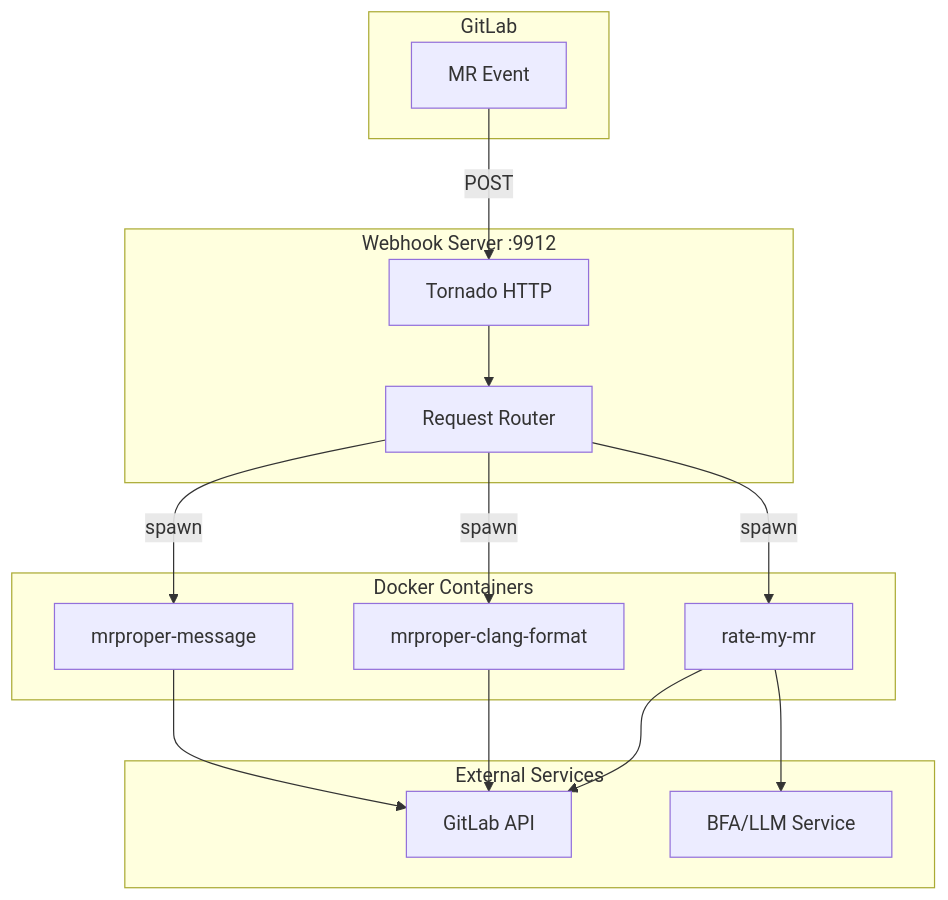
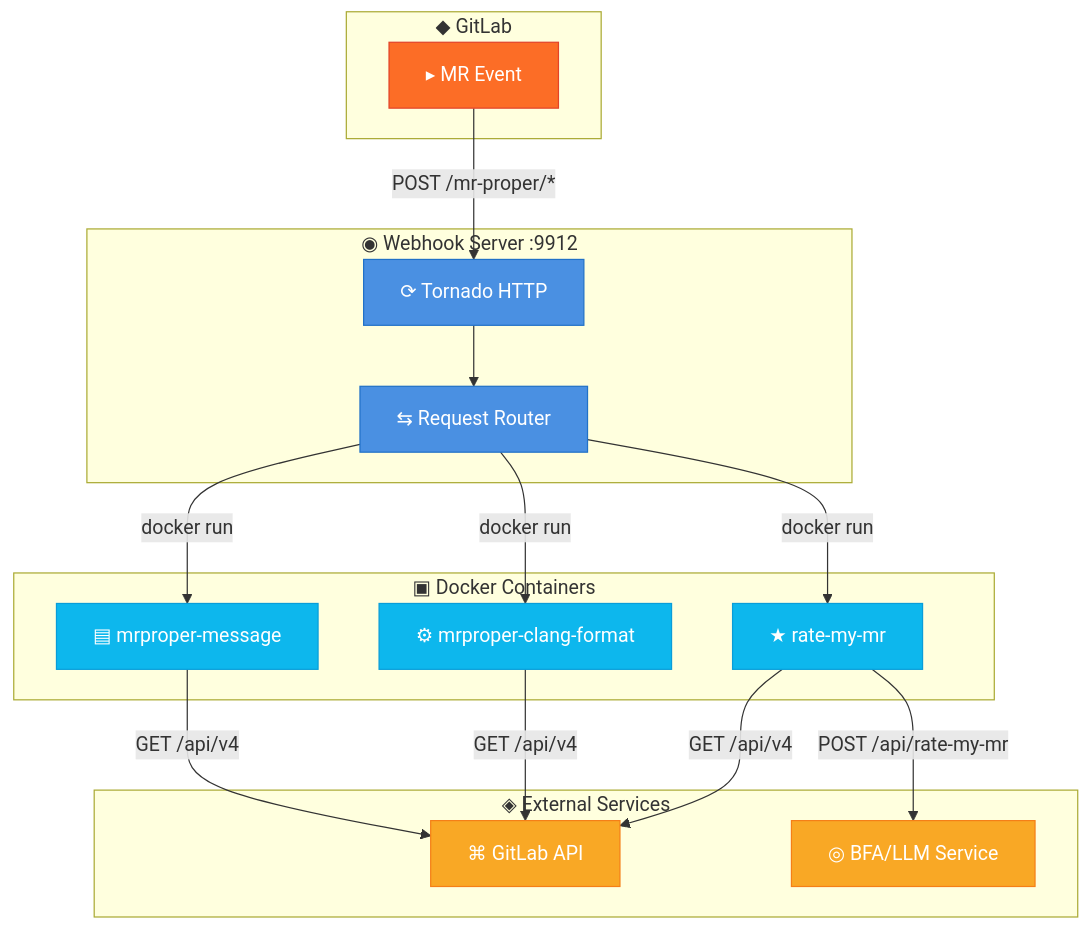
One commit to vigneshpalanivelr/commit-validator changed the first of 6 diagrams in ARCHITECTURE.md. Above: the diagram before and after it, drawn with Mermaid. The commit also changed other lines of this file and 2 other files, not shown here.

````diff
--- a/ARCHITECTURE.md
+++ b/ARCHITECTURE.md
@@ -7,32 +24,42 @@
 ```mermaid
 flowchart TB
-    subgraph GitLab
-        A[MR Event]
+    subgraph GitLab["◆ GitLab"]
+        A[▸ MR Event]
     end
 
-    subgraph Webhook["Webhook Server :9912"]
-        B[Tornado HTTP]
-        C[Request Router]
+    subgraph Webhook["◉ Webhook Server :9912"]
+        B[⟳ Tornado HTTP]
+        C[⇆ Request Router]
     end
 
-    subgraph Docker["Docker Containers"]
-        D1[rate-my-mr]
-        D2[mrproper-clang-format]
-        D3[mrproper-message]
+    subgraph Docker["▣ Docker Containers"]
+        D1[★ rate-my-mr]
+        D2[⚙ mrproper-clang-format]
+        D3[▤ mrproper-message]
     end
 
-    subgraph Services["External Services"]
-        E[GitLab API]
-        F[BFA/LLM Service]
+    subgraph Services["◈ External Services"]
+        E[⌘ GitLab API]
+        F[◎ BFA/LLM Service]
     end
 
-    A -->|POST| B
+    A -->|"POST /mr-proper/*"| B
     B --> C
-    C -->|spawn| D1
-    C -->|spawn| D2
-    C -->|spawn| D3
-    D1 --> E
-    D1 --> F
-    D2 --> E
-    D3 --> E
+    C -->|"docker run"| D1
+    C -->|"docker run"| D2
+    C -->|"docker run"| D3
+    D1 -->|"GET /api/v4"| E
+    D1 -->|"POST /api/rate-my-mr"| F
+    D2 -->|"GET /api/v4"| E
+    D3 -->|"GET /api/v4"| E
+
+    classDef gitlab fill:#fc6d26,color:#fff,stroke:#e24329
+    classDef webhook fill:#4a90e2,color:#fff,stroke:#2171c7
+    classDef docker fill:#0db7ed,color:#fff,stroke:#099dd9
+    classDef services fill:#f9a825,color:#fff,stroke:#f57f17
+
+    class A gitlab
+    class B,C webhook
+    class D1,D2,D3 docker
+    class E,F services
 ```
````
